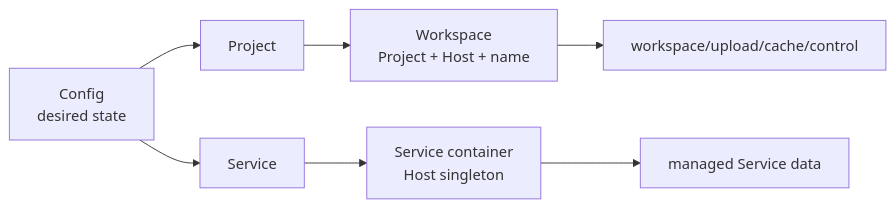
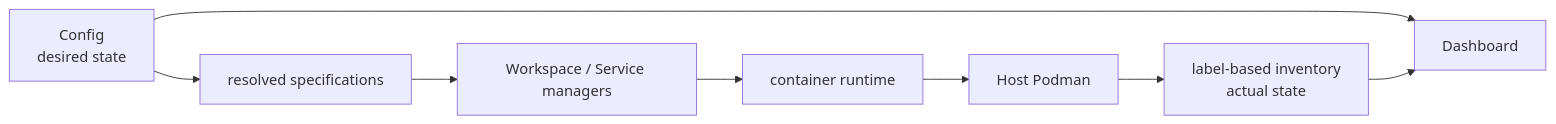
Before and after one commit to curoky/codespace: the first of 3 diagrams in src/codespace/DESIGN.md, drawn with Mermaid. The commit also changed other lines of this file and 16 other files, not shown here.

````diff
--- a/src/codespace/DESIGN.md
+++ b/src/codespace/DESIGN.md
@@ -5,9 +5,10 @@
 ```mermaid
 flowchart LR
-    Config["Config<br/>desired state"] --> Project
-    Config --> Service
-    Project --> Workspace["Workspace<br/>Project + Host + name"]
-    Workspace --> WorkspaceData["workspace/upload/cache/control"]
-    Service --> ServiceContainer["Service container<br/>Host singleton"]
-    ServiceContainer --> ServiceData["managed Service data"]
+    Config["Config<br/>desired state"] --> Specs["resolved specifications"]
+    Specs --> Managers["Workspace / Service managers"]
+    Managers --> Runtime["container runtime"]
+    Runtime --> Podman["Host Podman"]
+    Podman --> Inventory["label-based inventory<br/>actual state"]
+    Config --> Dashboard
+    Inventory --> Dashboard
 ```
````
